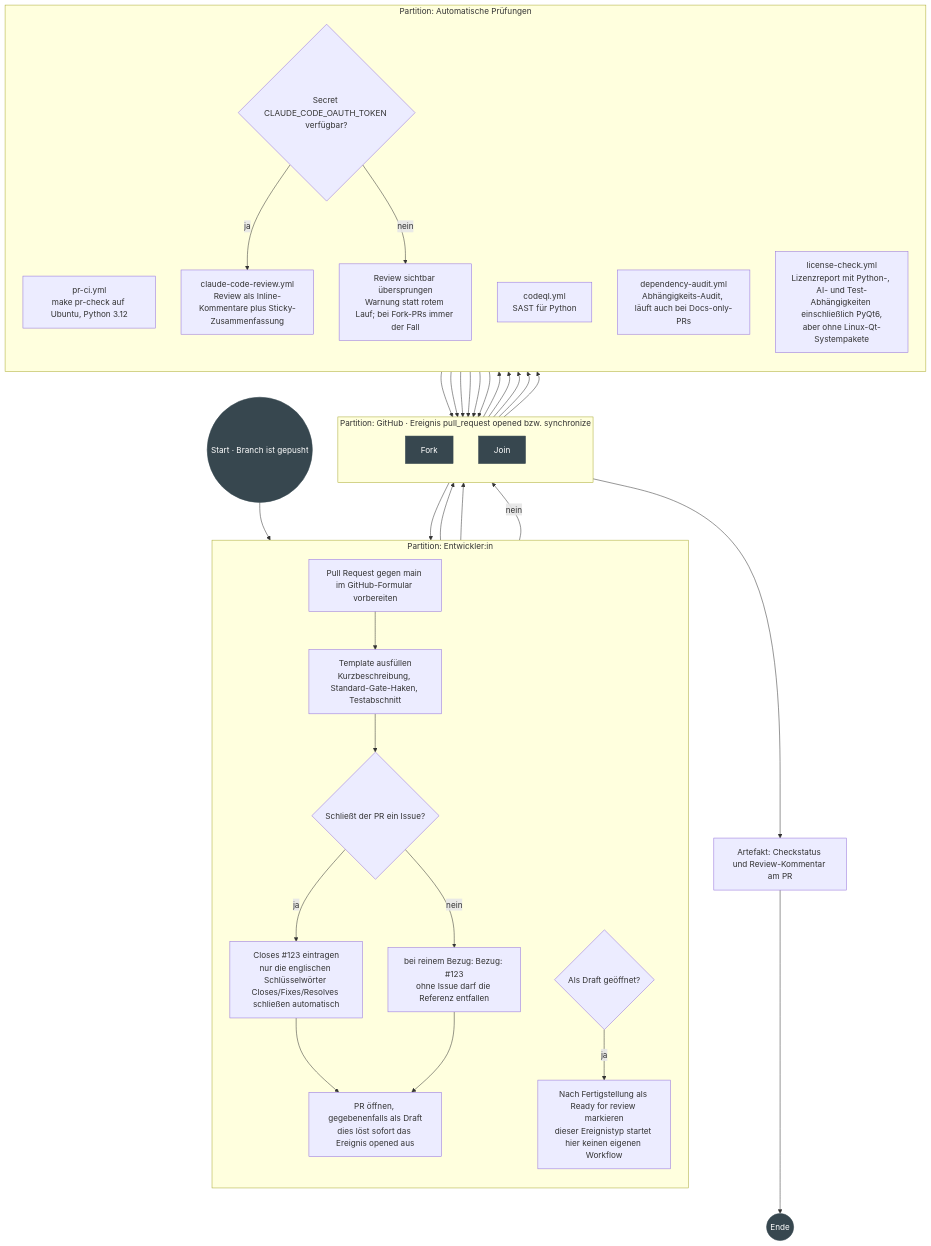
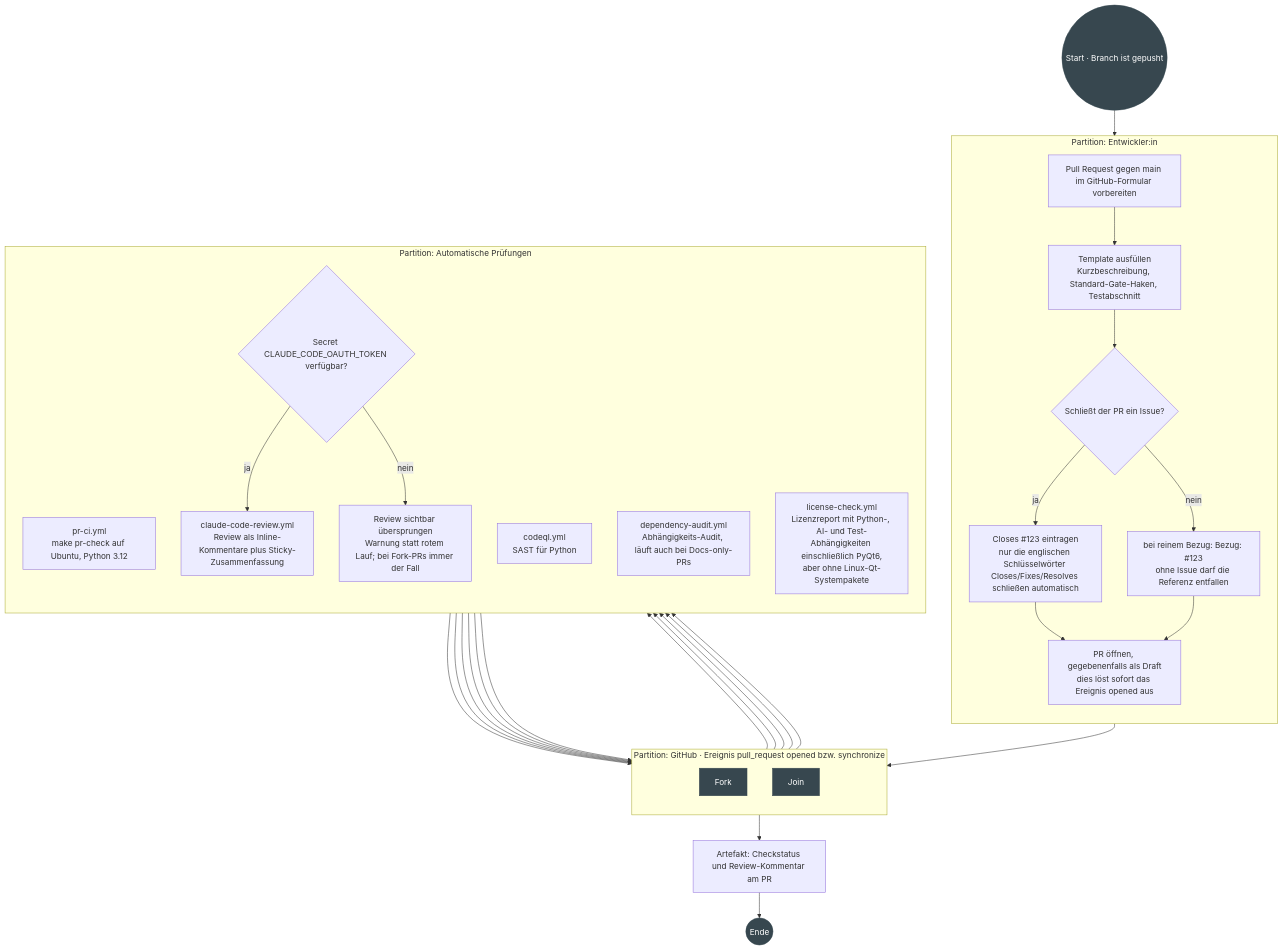
The second of 5 diagrams in docs/PROZESSE_UML.md (NikolayDA/picture_helper), drawn with Mermaid before and after one commit. The commit also changed other lines of this file and 1 other file, not shown here.

Commit message:
docs: Review-Abläufe präzisieren

````diff
--- a/docs/PROZESSE_UML.md
+++ b/docs/PROZESSE_UML.md
@@ -164,56 +169,51 @@
 ```mermaid
 flowchart TD
   START(("Start · Branch ist gepusht")):::terminal --> P1
 
   subgraph DEV["Partition: Entwickler:in"]
     direction TB
     P1["Pull Request gegen main im GitHub-Formular vorbereiten"]
     P2["Template ausfüllen<br/>Kurzbeschreibung, Standard-Gate-Haken, Testabschnitt"]
     PQ{"Schließt der PR ein Issue?"}
     P3["Closes #123 eintragen<br/>nur die englischen Schlüsselwörter Closes/Fixes/Resolves schließen automatisch"]
     P4["bei reinem Bezug: Bezug: #123<br/>ohne Issue darf die Referenz entfallen"]
     P5["PR öffnen, gegebenenfalls als Draft<br/>dies löst sofort das Ereignis opened aus"]
-    PD{"Als Draft geöffnet?"}
-    P6["Nach Fertigstellung als Ready for review markieren<br/>dieser Ereignistyp startet hier keinen eigenen Workflow"]
   end
 
   subgraph GH["Partition: GitHub · Ereignis pull_request opened bzw. synchronize"]
     direction TB
     F1["Fork"]:::bar
     J1["Join"]:::bar
   end
 
   subgraph CI["Partition: Automatische Prüfungen"]
     direction TB
     C1["pr-ci.yml<br/>make pr-check auf Ubuntu, Python 3.12"]
     C2["codeql.yml<br/>SAST für Python"]
     C3["dependency-audit.yml<br/>Abhängigkeits-Audit, läuft auch bei Docs-only-PRs"]
     C4["license-check.yml<br/>Lizenzreport mit Python-, AI- und Test-Abhängigkeiten einschließlich PyQt6,<br/>aber ohne Linux-Qt-Systempakete"]
     CQ{"Secret CLAUDE_CODE_OAUTH_TOKEN verfügbar?"}
     C5["claude-code-review.yml<br/>Review als Inline-Kommentare plus Sticky-Zusammenfassung"]
     C6["Review sichtbar übersprungen<br/>Warnung statt rotem Lauf; bei Fork-PRs immer der Fall"]
   end
 
   P1 --> P2 --> PQ
   PQ -->|"ja"| P3 --> P5
   PQ -->|"nein"| P4 --> P5
   P5 --> F1
-  F1 --> PD
-  PD -->|"ja"| P6 --> J1
-  PD -->|"nein"| J1
   F1 --> C1
   F1 --> C2
   F1 --> C3
   F1 --> C4
   F1 --> CQ
   CQ -->|"ja"| C5 --> J1
   CQ -->|"nein"| C6 --> J1
   C1 --> J1
   C2 --> J1
   C3 --> J1
   C4 --> J1
   J1 --> S1["Artefakt: Checkstatus und Review-Kommentar am PR"] --> ENDE(("Ende")):::terminal
 
   classDef terminal fill:#37474f,stroke:#37474f,color:#ffffff;
   classDef bar fill:#37474f,stroke:#37474f,color:#ffffff;
 ```
````
